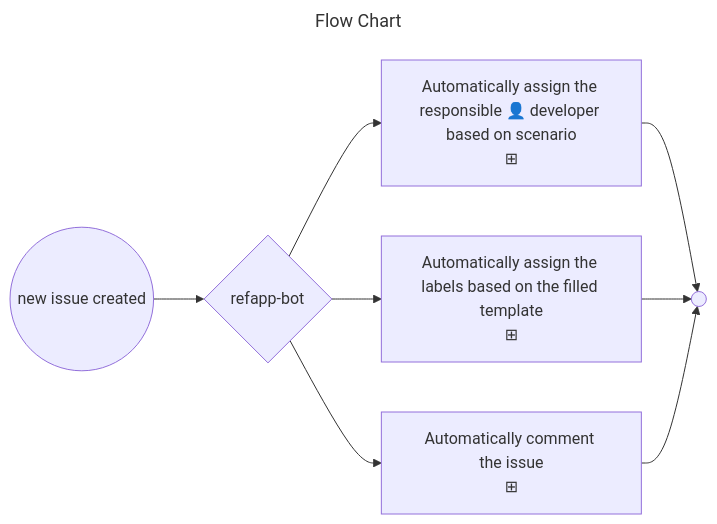
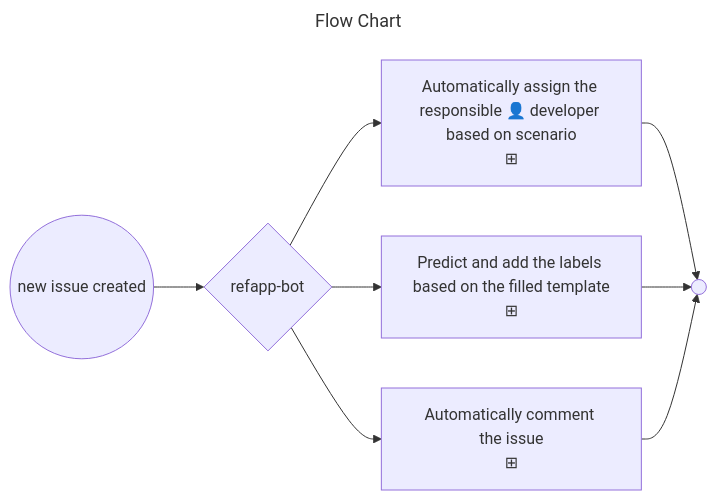
One commit to ejazsyed/validation-issue changed the diagram in README.md. Above: the diagram before and after it, drawn with Mermaid.

Commit message:
issu-bot

````diff
--- a/README.md
+++ b/README.md
@@ -6,13 +6,13 @@
 ```mermaid
 ---
 title: Flow Chart
 ---
 flowchart LR
     start((new issue created)) --> p1{refapp-bot}
     p1 --> assignee["Automatically assign the responsible 👤 developer based on scenario\n⊞"]
-    p1 --> label["Automatically assign the labels based on the filled template\n⊞"]
+    p1 --> label["Predict and add the labels based on the filled template\n⊞"]
     p1 --> comment["Automatically comment the issue\n⊞"]
     assignee --> e1(( ))
     label --> e1
     comment --> e1
 ```
````
